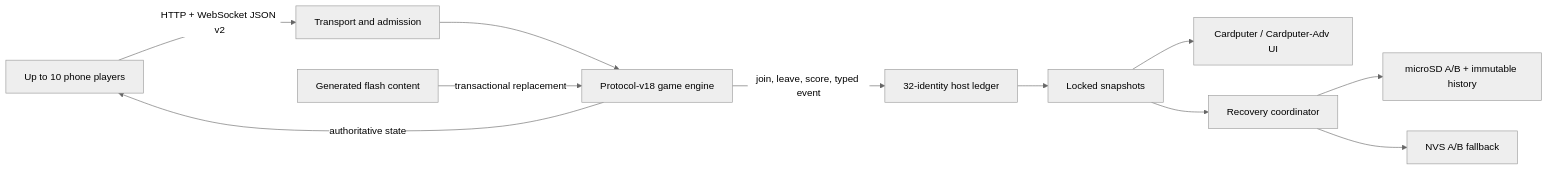
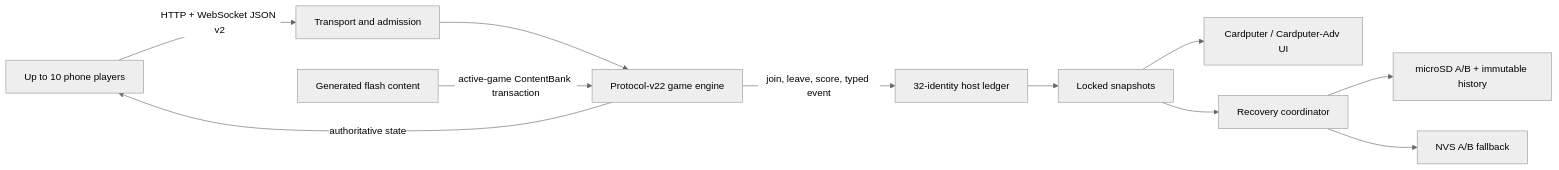
One commit to kaini-industries/hotspot-arcade-cardputer changed the diagram in docs/ARCHITECTURE.md. Above: the diagram before and after it, drawn with Mermaid (neutral theme). The commit also changed other lines of this file and 18 other files, not shown here.

````diff
--- a/docs/ARCHITECTURE.md
+++ b/docs/ARCHITECTURE.md
@@ -8,13 +8,13 @@
 ```mermaid
 flowchart LR
     P["Up to 10 phone players"] -->|"HTTP + WebSocket JSON v2"| T["Transport and admission"]
-    T --> E["Protocol-v18 game engine"]
+    T --> E["Protocol-v22 game engine"]
     E -->|"authoritative state"| P
     E -->|"join, leave, score, typed event"| H["32-identity host ledger"]
     H --> S["Locked snapshots"]
     S --> U["Cardputer / Cardputer-Adv UI"]
     S --> R["Recovery coordinator"]
     R --> SD["microSD A/B + immutable history"]
     R --> N["NVS A/B fallback"]
-    C["Generated flash content"] -->|"transactional replacement"| E
+    C["Generated flash content"] -->|"active-game ContentBank transaction"| E
 ```
````
